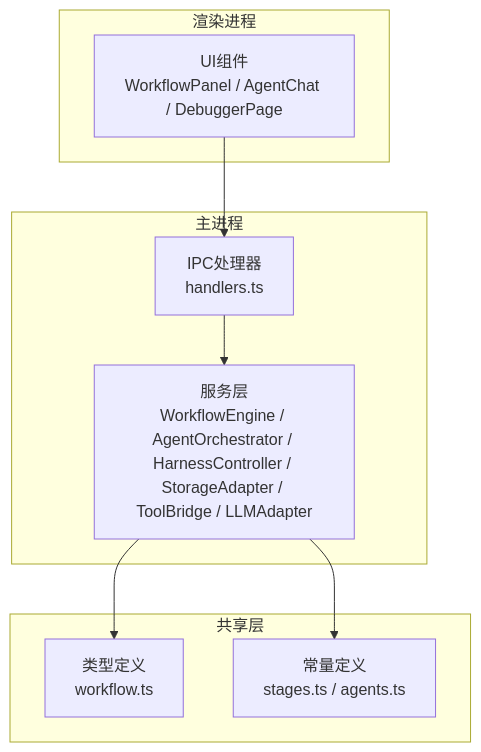
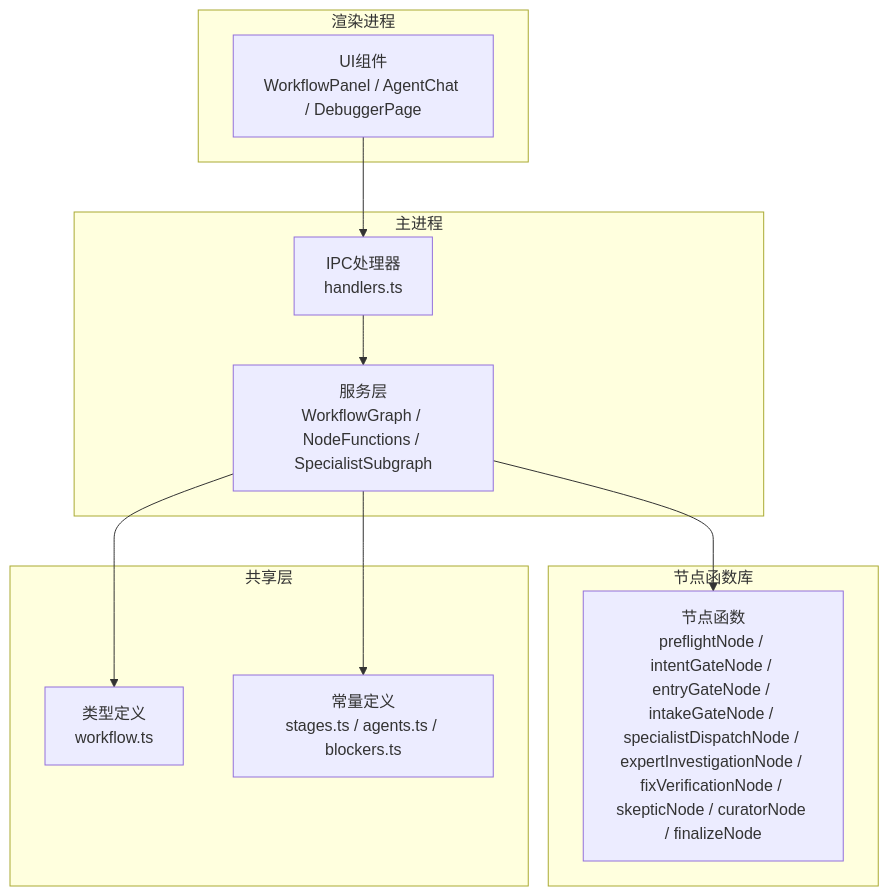
The first of 6 diagrams in .qoder/repowiki/zh/content/架构设计/工作流引擎.md (haolange/RDC-Agent), drawn with Mermaid before and after one commit. The commit also changed other lines of this file and 3483 other files, not shown here.

````diff
--- a/.qoder/repowiki/zh/content/架构设计/工作流引擎.md
+++ b/.qoder/repowiki/zh/content/架构设计/工作流引擎.md
@@ -38,18 +56,22 @@
 ```mermaid
 graph TB
 subgraph "主进程"
-Services["服务层<br/>WorkflowEngine / AgentOrchestrator / HarnessController / StorageAdapter / ToolBridge / LLMAdapter"]
+Services["服务层<br/>WorkflowGraph / NodeFunctions / SpecialistSubgraph"]
 IPC["IPC处理器<br/>handlers.ts"]
+end
+subgraph "节点函数库"
+Nodes["节点函数<br/>preflightNode / intentGateNode / entryGateNode / intakeGateNode / specialistDispatchNode / expertInvestigationNode / fixVerificationNode / skepticNode / curatorNode / finalizeNode"]
 end
 subgraph "共享层"
 Types["类型定义<br/>workflow.ts"]
-Constants["常量定义<br/>stages.ts / agents.ts"]
+Constants["常量定义<br/>stages.ts / agents.ts / blockers.ts"]
 end
 subgraph "渲染进程"
 UI["UI组件<br/>WorkflowPanel / AgentChat / DebuggerPage"]
 end
 UI --> IPC
 IPC --> Services
+Services --> Nodes
 Services --> Types
 Services --> Constants
 ```
````
